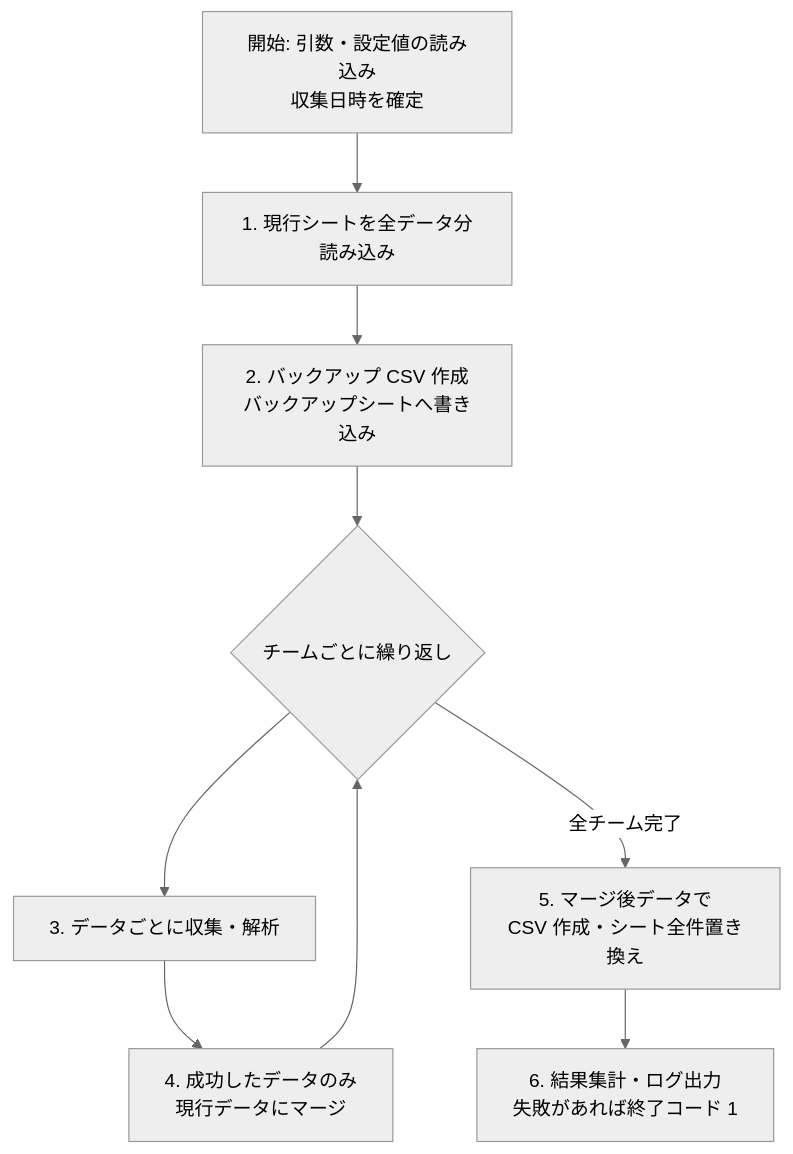
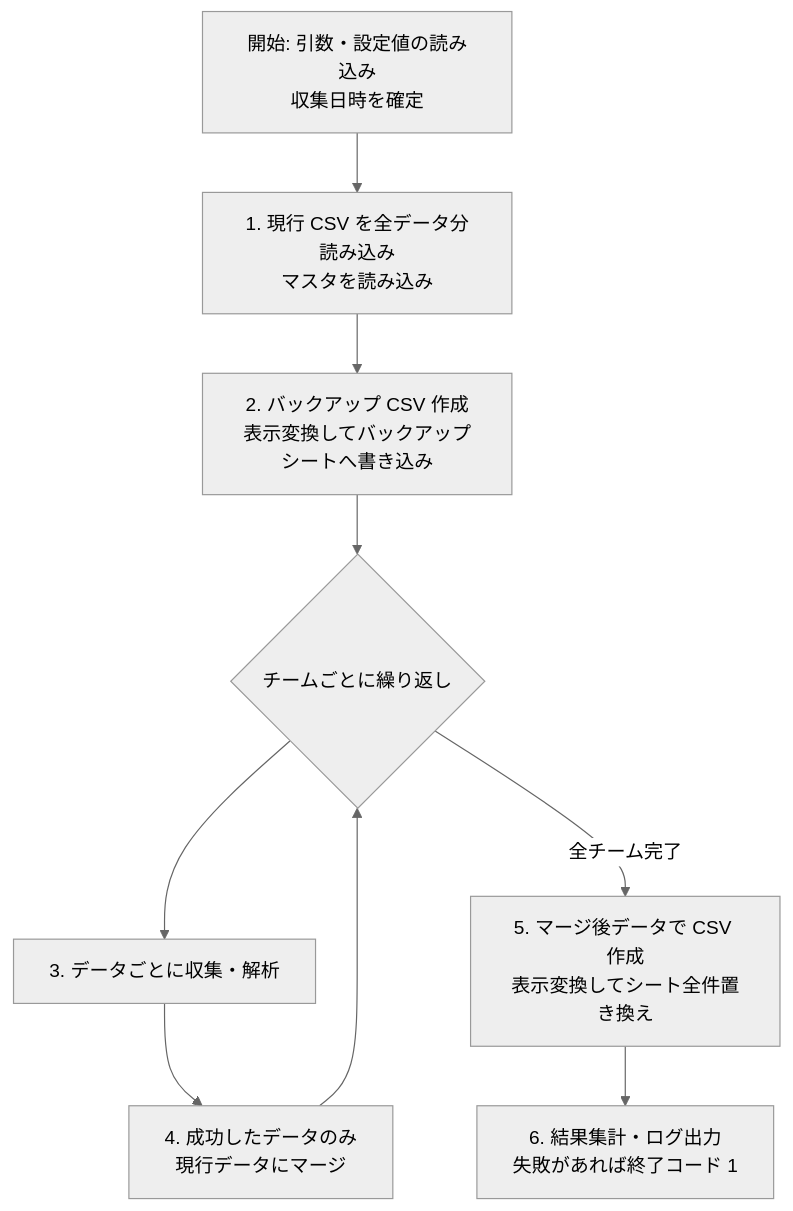
One commit to nekihcom/baseball-analysis changed the first of 2 diagrams in docs/functional_design.md. Above: the diagram before and after it, drawn with Mermaid (neutral theme). The commit also changed other lines of this file and 11 other files, not shown here.

````diff
--- a/docs/functional_design.md
+++ b/docs/functional_design.md
@@ -76,11 +79,11 @@
 ```mermaid
 flowchart TD
-    A[開始: 引数・設定値の読み込み<br>収集日時を確定] --> B[1. 現行シートを全データ分読み込み]
-    B --> C[2. バックアップ CSV 作成<br>バックアップシートへ書き込み]
+    A[開始: 引数・設定値の読み込み<br>収集日時を確定] --> B[1. 現行 CSV を全データ分読み込み<br>マスタを読み込み]
+    B --> C[2. バックアップ CSV 作成<br>表示変換してバックアップシートへ書き込み]
     C --> D{チームごとに繰り返し}
     D --> E[3. データごとに収集・解析]
     E --> F[4. 成功したデータのみ<br>現行データにマージ]
     F --> D
-    D -->|全チーム完了| G[5. マージ後データで<br>CSV 作成・シート全件置き換え]
+    D -->|全チーム完了| G[5. マージ後データで CSV 作成<br>表示変換してシート全件置き換え]
     G --> H[6. 結果集計・ログ出力<br>失敗があれば終了コード 1]
 ```
````
